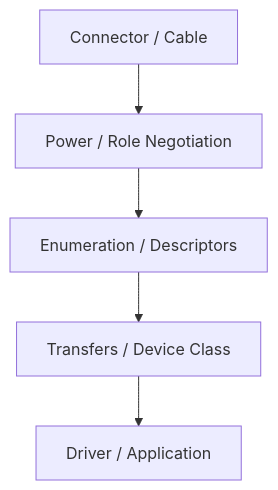
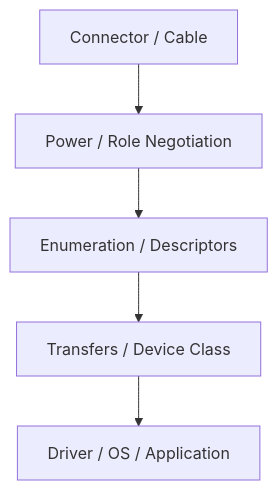
One commit to goura32/techbook changed the first of 13 diagrams in books/usb-from-spec/figures-final.md. Above: the diagram before and after it, drawn with Mermaid. The commit also changed other lines of this file and 38 other files, not shown here.

````diff
--- a/books/usb-from-spec/figures-final.md
+++ b/books/usb-from-spec/figures-final.md
@@ -8,7 +8,7 @@
 ```mermaid
 flowchart TD
   A["Connector / Cable"] --> B["Power / Role Negotiation"]
   B --> C["Enumeration / Descriptors"]
   C --> D["Transfers / Device Class"]
-  D --> E["Driver / Application"]
+  D --> E["Driver / OS / Application"]
 ```
````
